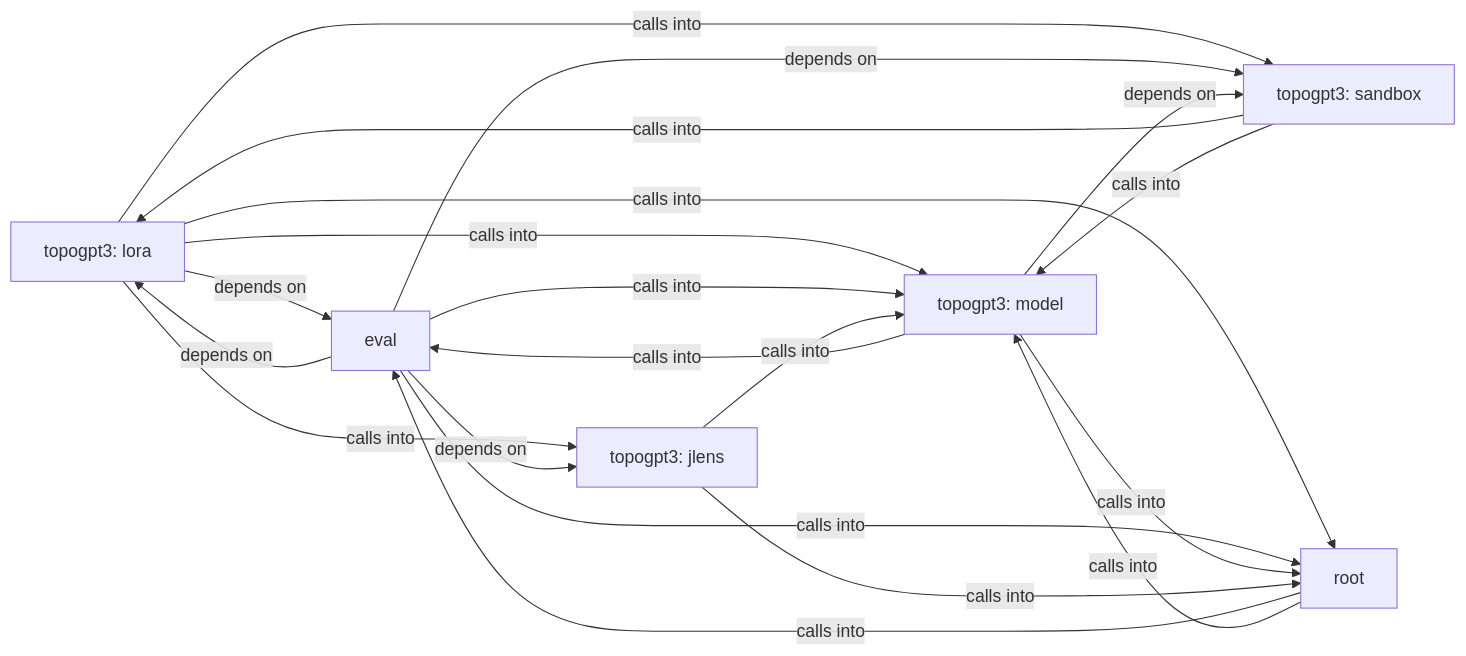
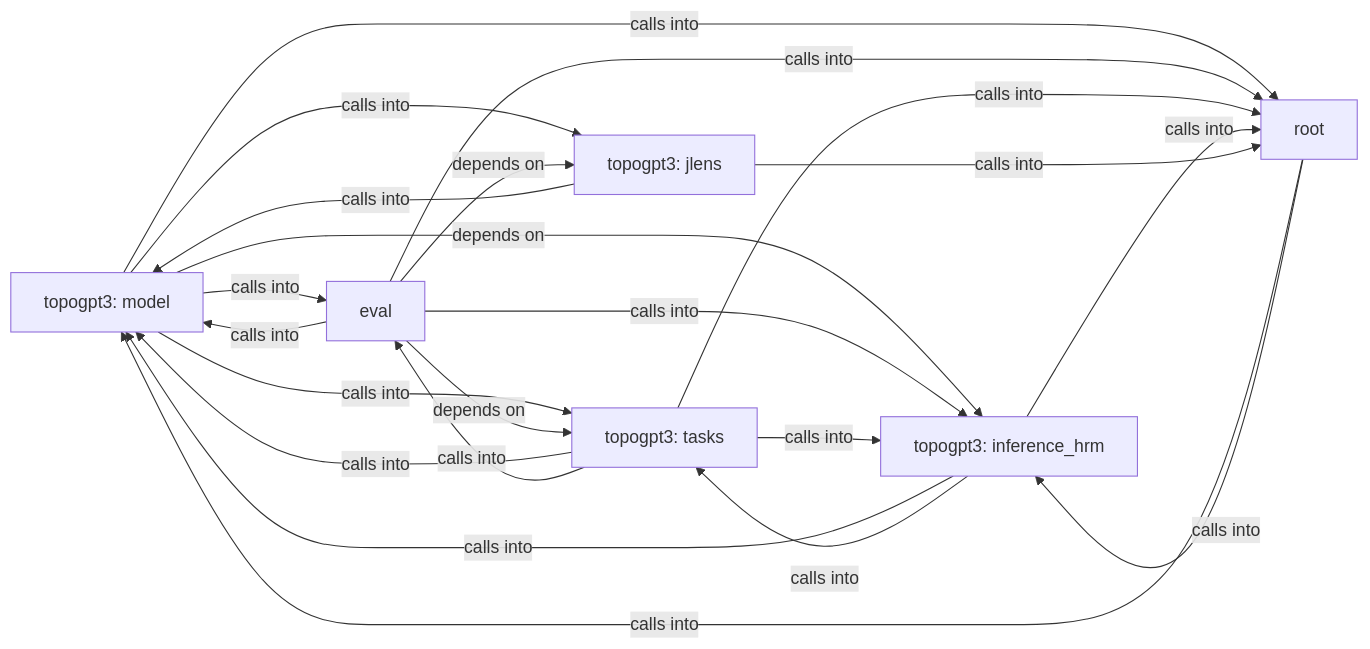
The diagram in readmenator-diagrams/overview.md (grisuno/TopoGPT3), drawn with Mermaid before and after one commit. The commit also changed other lines of this file and 185 other files, not shown here.

````diff
--- a/readmenator-diagrams/overview.md
+++ b/readmenator-diagrams/overview.md
@@ -1,31 +1,34 @@
 ```mermaid
 graph LR
-    topogpt3_lora["topogpt3: lora"]
+    topogpt3_model["topogpt3: model"]
     eval["eval"]
-    topogpt3_model["topogpt3: model"]
-    topogpt3_sandbox["topogpt3: sandbox"]
+    topogpt3_tasks["topogpt3: tasks"]
+    topogpt3_inference_hrm["topogpt3: inference_hrm"]
     topogpt3_jlens["topogpt3: jlens"]
     root["root"]
-    topogpt3_lora -- "depends on" --> eval
-    topogpt3_lora -- "calls into" --> topogpt3_model
-    topogpt3_lora -- "calls into" --> topogpt3_sandbox
-    topogpt3_lora -- "calls into" --> topogpt3_jlens
-    topogpt3_lora -- "calls into" --> root
-    eval -- "depends on" --> topogpt3_lora
+    topogpt3_model -- "calls into" --> eval
+    topogpt3_model -- "calls into" --> topogpt3_tasks
+    topogpt3_model -- "depends on" --> topogpt3_inference_hrm
+    topogpt3_model -- "calls into" --> topogpt3_jlens
+    topogpt3_model -- "calls into" --> root
     eval -- "calls into" --> topogpt3_model
-    eval -- "depends on" --> topogpt3_sandbox
+    eval -- "depends on" --> topogpt3_tasks
+    eval -- "calls into" --> topogpt3_inference_hrm
     eval -- "depends on" --> topogpt3_jlens
     eval -- "calls into" --> root
-    topogpt3_model -- "calls into" --> eval
-    topogpt3_model -- "depends on" --> topogpt3_sandbox
-    topogpt3_model -- "calls into" --> root
-    topogpt3_sandbox -- "calls into" --> topogpt3_lora
-    topogpt3_sandbox -- "calls into" --> topogpt3_model
+    topogpt3_tasks -- "calls into" --> topogpt3_model
+    topogpt3_tasks -- "calls into" --> eval
+    topogpt3_tasks -- "calls into" --> topogpt3_inference_hrm
+    topogpt3_tasks -- "calls into" --> root
+    topogpt3_inference_hrm -- "calls into" --> topogpt3_model
+    topogpt3_inference_hrm -- "calls into" --> topogpt3_tasks
+    topogpt3_inference_hrm -- "calls into" --> root
     topogpt3_jlens -- "calls into" --> topogpt3_model
     topogpt3_jlens -- "calls into" --> root
-    root -- "calls into" --> eval
     root -- "calls into" --> topogpt3_model
+    root -- "calls into" --> topogpt3_inference_hrm
+    click topogpt3_model href "./topogpt3_model.md" "Details"
     click eval href "./eval.md" "Details"
-    click topogpt3_model href "./topogpt3_model.md" "Details"
-    click topogpt3_sandbox href "./topogpt3_sandbox.md" "Details"
+    click topogpt3_tasks href "./topogpt3_tasks.md" "Details"
+    click topogpt3_inference_hrm href "./topogpt3_inference_hrm.md" "Details"
 ```
````
